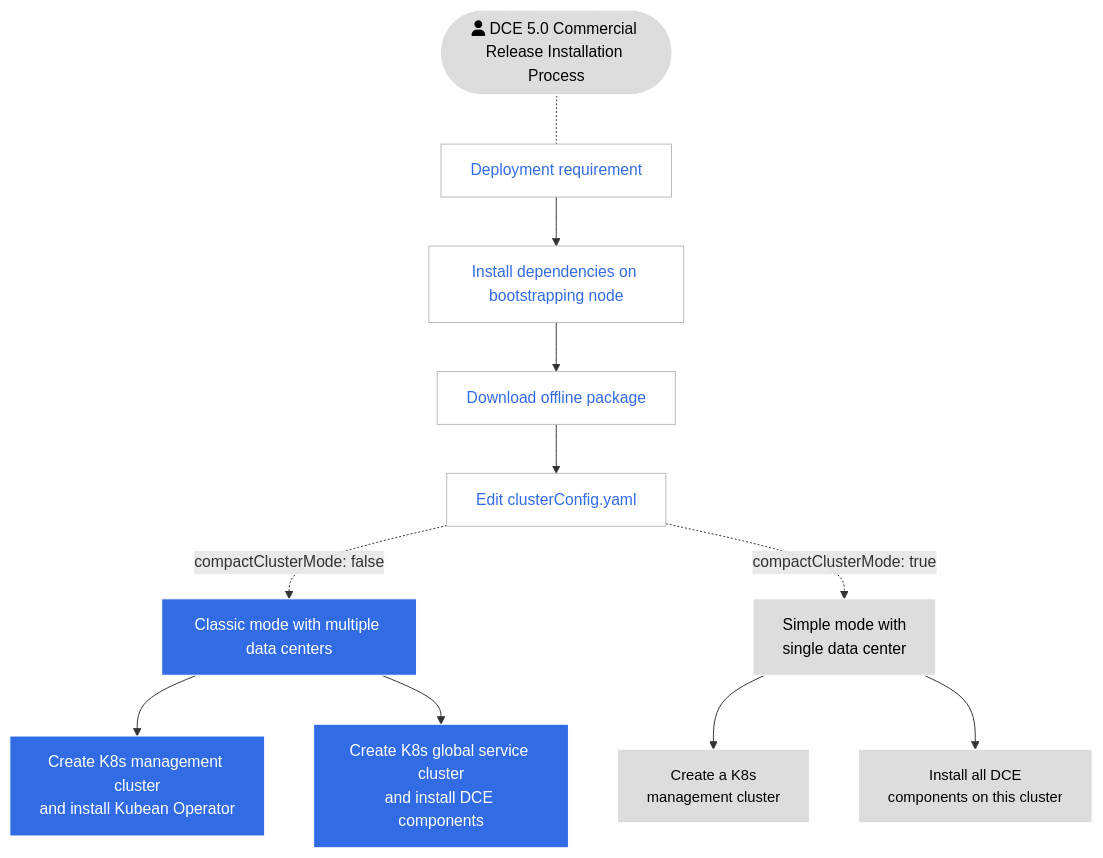
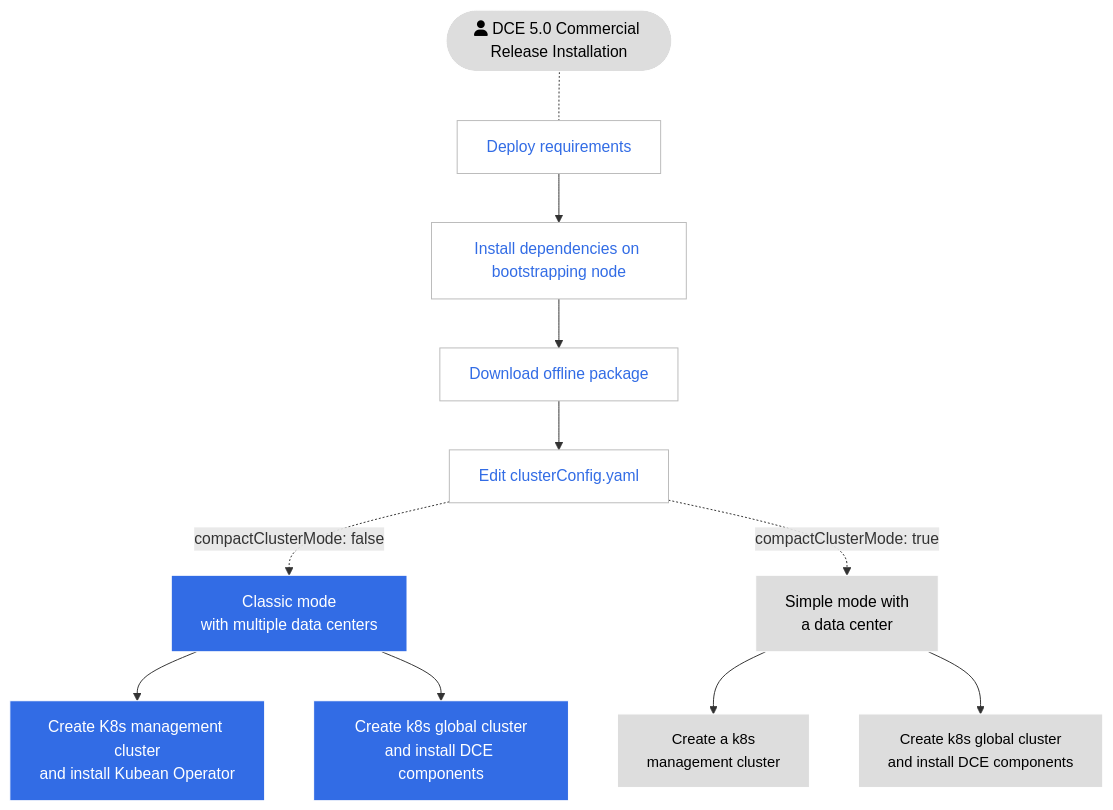
The second of 2 diagrams in docs/en/docs/install/intro.md (DaoCloud/DaoCloud-docs), drawn with Mermaid before and after one commit. The commit also changed other lines of this file and 47 other files, not shown here.

````diff
--- a/docs/en/docs/install/intro.md
+++ b/docs/en/docs/install/intro.md
@@ -78,34 +72,34 @@
 ```mermaid
 flowchart TB
 
-    start([fa:fa-user DCE 5.0 Commercial Release Installation Process]) -.- deploy[Deployment requirement]
+    start([fa:fa-user DCE 5.0 Commercial Release Installation]) -.- deploy[Deploy requirements]
     deploy --> tools[Install dependencies on bootstrapping node]
     tools --> download[Download offline package]
     download --> config[Edit clusterConfig.yaml]
 
-    config -.compactClusterMode: false.-> typical[Classic mode with multiple data centers]
+    config -.compactClusterMode: false.-> typical[Classic mode<br>with multiple data centers]
     typical --> mng2[Create K8s management cluster<br>and install Kubean Operator]
-    typical --> gsc2[Create K8s global service cluster<br>and install DCE components]
+    typical --> gsc2[Create k8s global cluster<br>and install DCE components]
 
-    config -.compactClusterMode: true.-> simple[Simple mode with<br>single data center]
-    simple --> k8s1[Create a K8s<br>management cluster]
-    simple --> gsc1[Install all DCE<br>components on this cluster]
+    config -.compactClusterMode: true.-> simple[Simple mode with<br>a data center]
+    simple --> k8s1[Create a k8s<br>management cluster]
+    simple --> gsc1[Create k8s global cluster<br>and install DCE components]
 
 classDef grey fill:#dddddd,stroke:#ffffff,stroke-width:1px,color:#000000, font-size:15px;
 classDef white fill:#ffffff,stroke:#000,stroke-width:1px,color:#000,font-weight:bold
 classDef spacewhite fill:#ffffff,stroke:#fff,stroke-width:0px,color:#000
 classDef plain fill:#ddd,stroke:#fff,stroke-width:1px,color:#000;
 classDef k8s fill:#326ce5,stroke:#fff,stroke-width:1px,color:#fff;
 classDef cluster fill:#fff,stroke:#bbb,stroke-width:1px,color:#326ce5;
 
 class deploy,tools,download,config cluster
 class typical,k8s,mng2,gsc2,k8s2 k8s
 class simple,start plain
 class gsc1,k8s1 grey
 
-click deploy "https://docs.daocloud.io/en/install/commercial/deploy-plan/"
-click tools "https://docs.daocloud.io/en/install/install-tools/"
-click download "https://docs.daocloud.io/en/install/commercial/download-file/"
-click config "https://docs.daocloud.io/en/install/commercial/clusterconfig/"
-click typical,simple "https://docs.daocloud.io/en/install/commercial/start-install/"
+click deploy "https://docs.daocloud.io/install/commercial/deploy-requirements/"
+click tools "https://docs.daocloud.io/install/install-tools/"
+click download "https://docs.daocloud.io/install/commercial/download-file/"
+click config "https://docs.daocloud.io/install/commercial/clusterconfig/"
+click typical,simple "https://docs.daocloud.io/install/commercial/start-install/"
 ```
````
